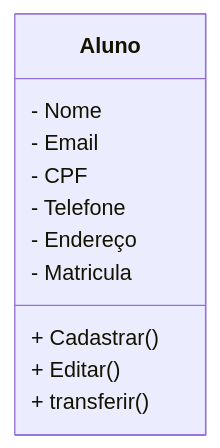
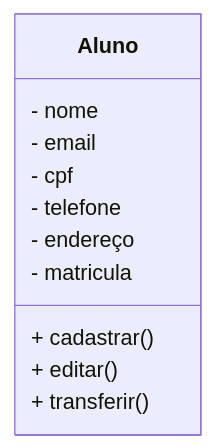
The second of 2 diagrams in readme.md (Muzgeist/universidade), drawn with Mermaid before and after one commit. The commit also changed other lines of this file and 6 other files, not shown here.

````diff
--- a/readme.md
+++ b/readme.md
@@ -22,15 +22,15 @@
 ```mermaid
 classDiagram
     class Aluno{
-        - Nome
-        - Email
-        - CPF
-        - Telefone
-        - Endereço
-        - Matricula
-        + Cadastrar()
-        + Editar()
+        - nome
+        - email
+        - cpf
+        - telefone
+        - endereço
+        - matricula
+        + cadastrar()
+        + editar()
         + transferir()
     }
 
 ```
````
